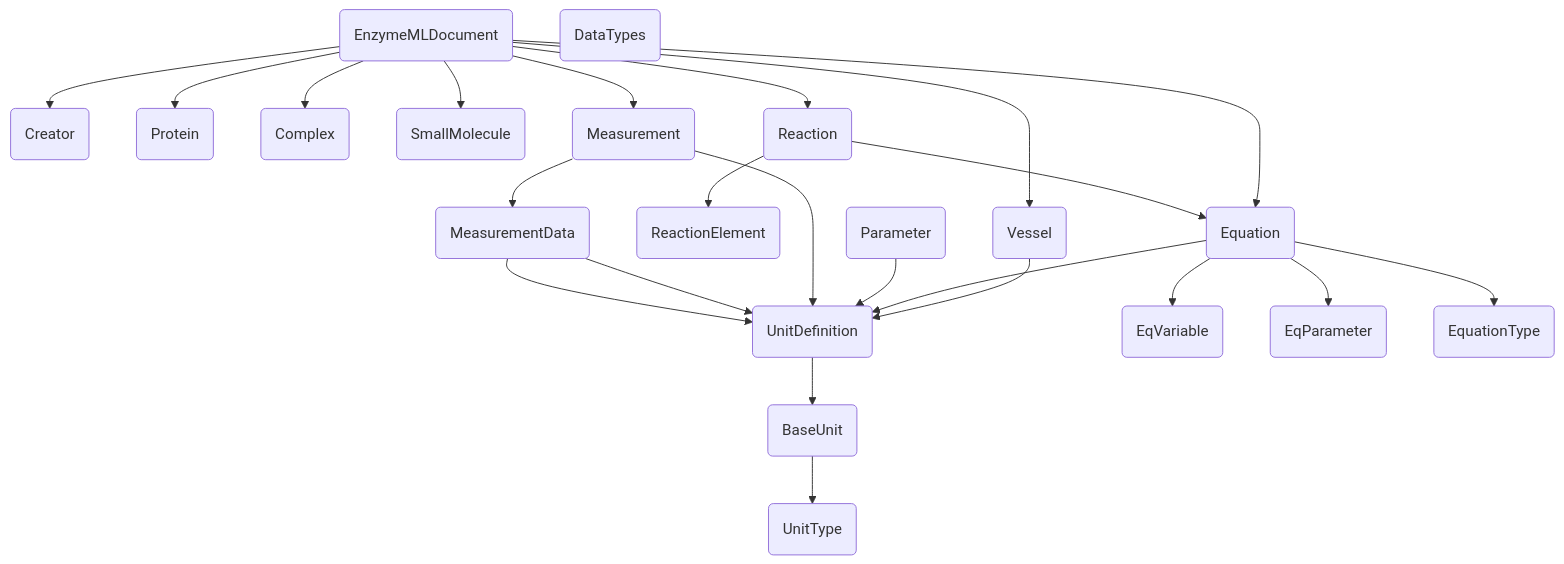
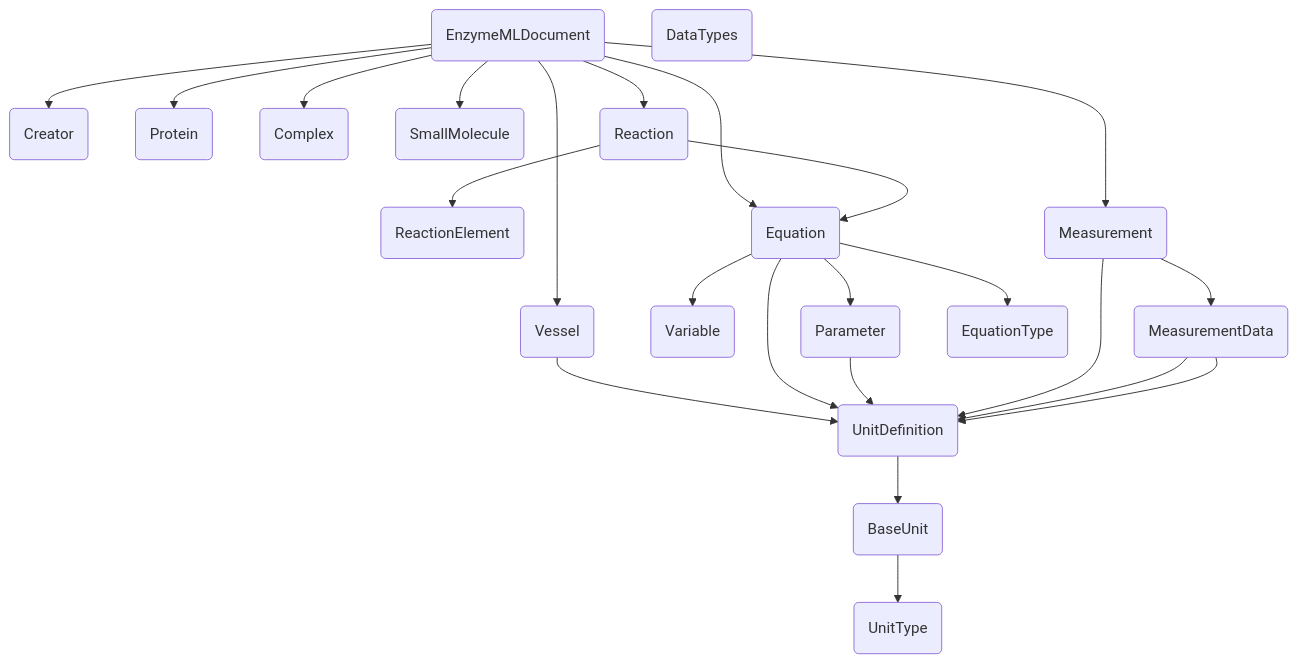
Before and after one commit to EnzymeML/enzymeml-specifications: the diagram in docs/model.md, drawn with Mermaid. The commit also changed other lines of this file and 7 other files, not shown here.

````diff
--- a/docs/model.md
+++ b/docs/model.md
@@ -11,64 +11,62 @@
     ``` mermaid
     flowchart TB
         enzymemldocument(EnzymeMLDocument)
         creator(Creator)
         vessel(Vessel)
         protein(Protein)
         complex(Complex)
         smallmolecule(SmallMolecule)
         reaction(Reaction)
         reactionelement(ReactionElement)
         equation(Equation)
+        variable(Variable)
         parameter(Parameter)
         measurement(Measurement)
         measurementdata(MeasurementData)
         unitdefinition(UnitDefinition)
         baseunit(BaseUnit)
-        eqvariable(EqVariable)
-        eqparameter(EqParameter)
         equationtype(EquationType)
         datatypes(DataTypes)
         unittype(UnitType)
         enzymemldocument(EnzymeMLDocument) --> creator(Creator)
         enzymemldocument(EnzymeMLDocument) --> vessel(Vessel)
         enzymemldocument(EnzymeMLDocument) --> protein(Protein)
         enzymemldocument(EnzymeMLDocument) --> complex(Complex)
         enzymemldocument(EnzymeMLDocument) --> smallmolecule(SmallMolecule)
         enzymemldocument(EnzymeMLDocument) --> reaction(Reaction)
         enzymemldocument(EnzymeMLDocument) --> measurement(Measurement)
         enzymemldocument(EnzymeMLDocument) --> equation(Equation)
         vessel(Vessel) --> unitdefinition(UnitDefinition)
         reaction(Reaction) --> equation(Equation)
         reaction(Reaction) --> reactionelement(ReactionElement)
         equation(Equation) --> unitdefinition(UnitDefinition)
         equation(Equation) --> equationtype(EquationType)
-        equation(Equation) --> eqvariable(EqVariable)
-        equation(Equation) --> eqparameter(EqParameter)
+        equation(Equation) --> variable(Variable)
+        equation(Equation) --> parameter(Parameter)
         parameter(Parameter) --> unitdefinition(UnitDefinition)
         measurement(Measurement) --> measurementdata(MeasurementData)
         measurement(Measurement) --> unitdefinition(UnitDefinition)
         measurementdata(MeasurementData) --> unitdefinition(UnitDefinition)
         measurementdata(MeasurementData) --> unitdefinition(UnitDefinition)
         unitdefinition(UnitDefinition) --> baseunit(BaseUnit)
         baseunit(BaseUnit) --> unittype(UnitType)
 
         click enzymemldocument "#enzymemldocument" "Go to EnzymeMLDocument"
         click creator "#creator" "Go to Creator"
         click vessel "#vessel" "Go to Vessel"
         click protein "#protein" "Go to Protein"
         click complex "#complex" "Go to Complex"
         click smallmolecule "#smallmolecule" "Go to SmallMolecule"
         click reaction "#reaction" "Go to Reaction"
         click reactionelement "#reactionelement" "Go to ReactionElement"
         click equation "#equation" "Go to Equation"
+        click variable "#variable" "Go to Variable"
         click parameter "#parameter" "Go to Parameter"
         click measurement "#measurement" "Go to Measurement"
         click measurementdata "#measurementdata" "Go to MeasurementData"
         click unitdefinition "#unitdefinition" "Go to UnitDefinition"
         click baseunit "#baseunit" "Go to BaseUnit"
-        click eqvariable "#eqvariable" "Go to EqVariable"
-        click eqparameter "#eqparameter" "Go to EqParameter"
         click equationtype "#equationtype" "Go to EquationType"
         click datatypes "#datatypes" "Go to DataTypes"
         click unittype "#unittype" "Go to UnitType"
     ```
````
